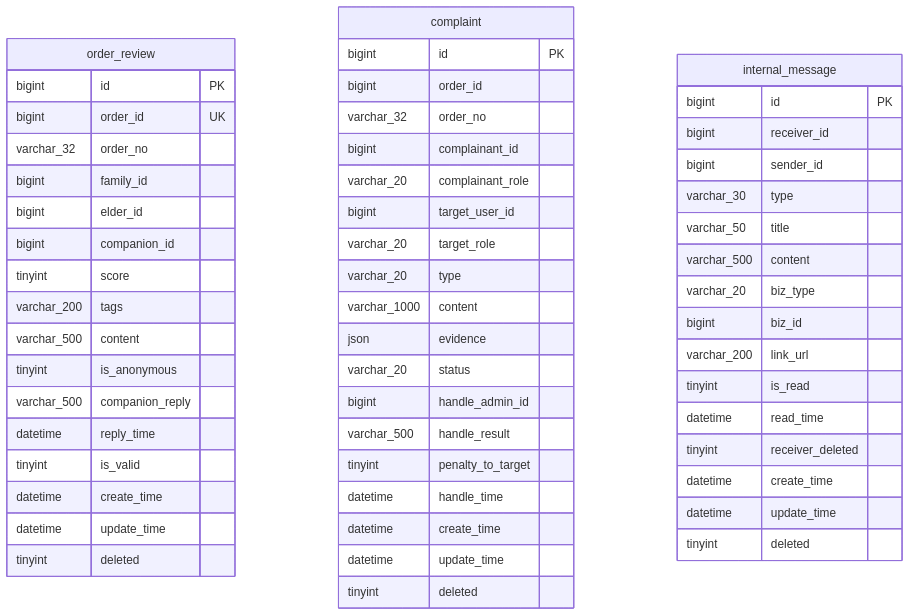
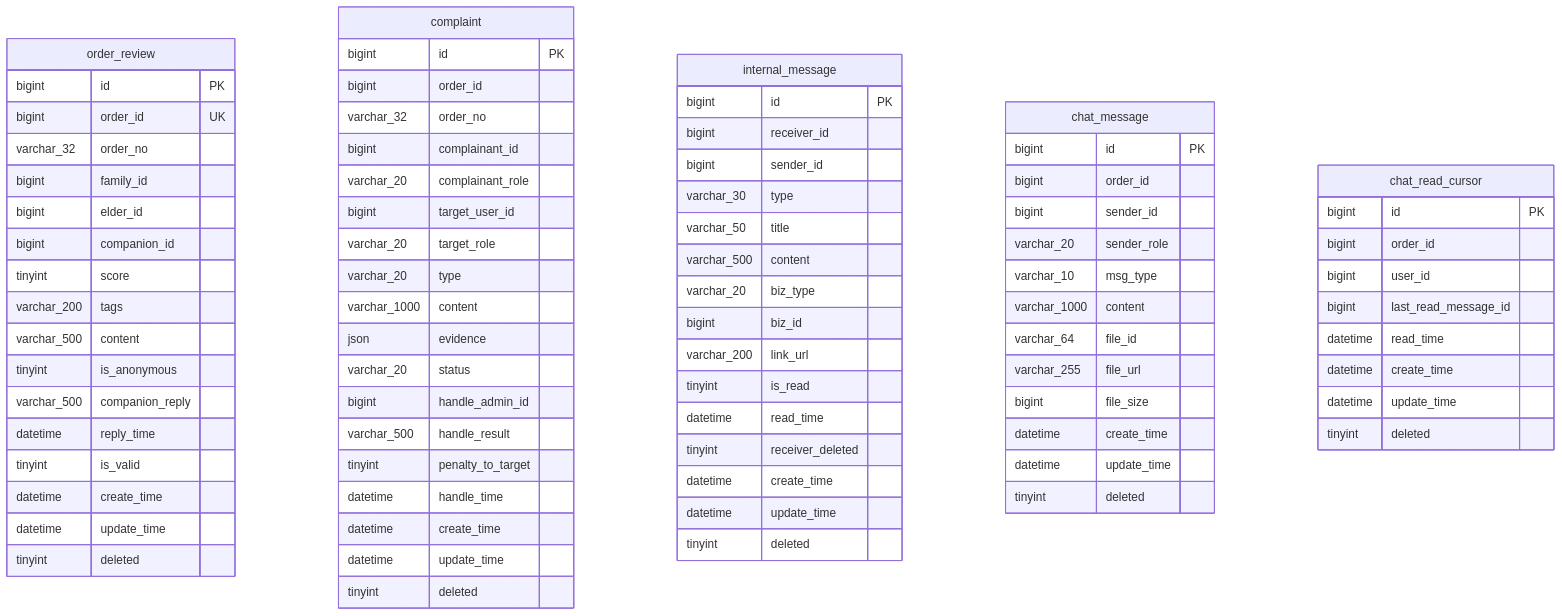
Before and after one commit to wangpanbin/Senior-Companion-Health-Assessment: the sixth of 7 diagrams in docs/db/01-ER图.md, drawn with Mermaid. The commit also changed other lines of this file and 90 other files, not shown here.

First line of the commit message:
feat(M13): 订单聊天全链路落地（家属↔陪诊员图文/视频实时会话）

````diff
--- a/docs/db/01-ER图.md
+++ b/docs/db/01-ER图.md
@@ -411,58 +417,82 @@
 ```mermaid
 erDiagram
     order_review {
         bigint id PK
         bigint order_id UK
         varchar_32 order_no
         bigint family_id
         bigint elder_id
         bigint companion_id
         tinyint score
         varchar_200 tags
         varchar_500 content
         tinyint is_anonymous
         varchar_500 companion_reply
         datetime reply_time
         tinyint is_valid
         datetime create_time
         datetime update_time
         tinyint deleted
     }
     complaint {
         bigint id PK
         bigint order_id
         varchar_32 order_no
         bigint complainant_id
         varchar_20 complainant_role
         bigint target_user_id
         varchar_20 target_role
         varchar_20 type
         varchar_1000 content
         json evidence
         varchar_20 status
         bigint handle_admin_id
         varchar_500 handle_result
         tinyint penalty_to_target
         datetime handle_time
         datetime create_time
         datetime update_time
         tinyint deleted
     }
     internal_message {
         bigint id PK
         bigint receiver_id
         bigint sender_id
         varchar_30 type
         varchar_50 title
         varchar_500 content
         varchar_20 biz_type
         bigint biz_id
         varchar_200 link_url
         tinyint is_read
         datetime read_time
         tinyint receiver_deleted
         datetime create_time
         datetime update_time
         tinyint deleted
     }
+    chat_message {
+        bigint id PK
+        bigint order_id
+        bigint sender_id
+        varchar_20 sender_role
+        varchar_10 msg_type
+        varchar_1000 content
+        varchar_64 file_id
+        varchar_255 file_url
+        bigint file_size
+        datetime create_time
+        datetime update_time
+        tinyint deleted
+    }
+    chat_read_cursor {
+        bigint id PK
+        bigint order_id
+        bigint user_id
+        bigint last_read_message_id
+        datetime read_time
+        datetime create_time
+        datetime update_time
+        tinyint deleted
+    }
 ```
````
